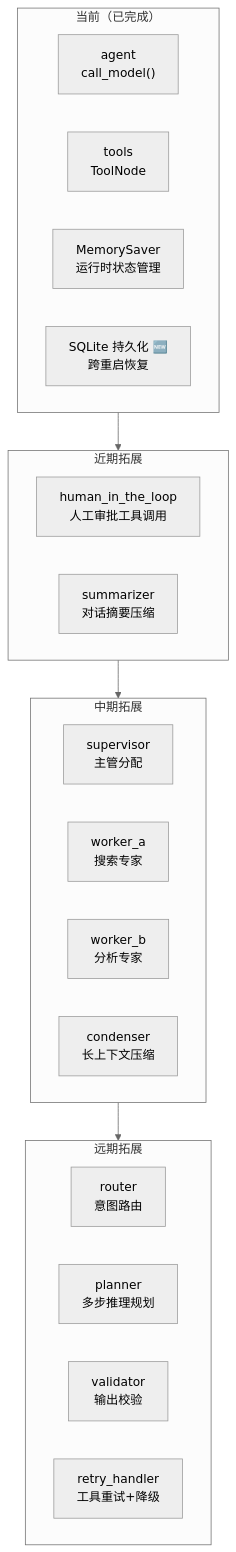
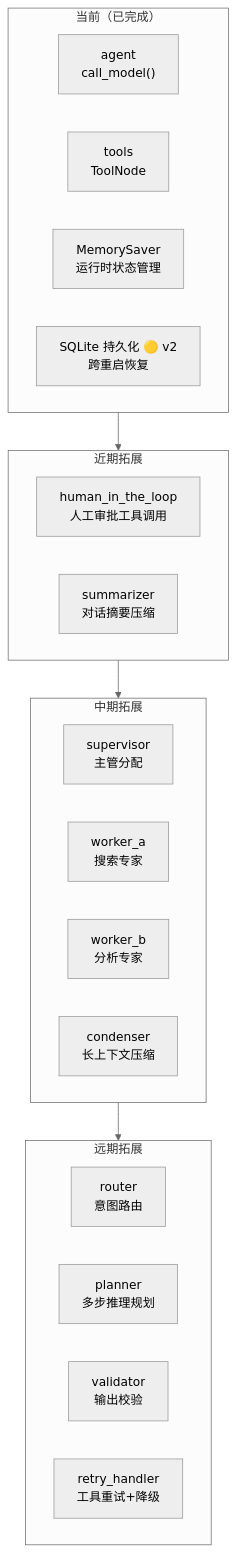
Before and after one commit to wuLa0702/llm_wiki_selfbuild: the seventh of 9 diagrams in docs/agent-architecture-diagrams.md, drawn with Mermaid (neutral theme). The commit also changed other lines of this file, not shown here.

````diff
--- a/docs/agent-architecture-diagrams.md
+++ b/docs/agent-architecture-diagrams.md
@@ -269,32 +287,32 @@
 ```mermaid
 flowchart TD
     subgraph CURRENT["当前（已完成）"]
         AGENT["agent<br/>call_model()"]
         TOOLS["tools<br/>ToolNode"]
         CHECK["MemorySaver<br/>运行时状态管理"]
-        SQLITE["SQLite 持久化 🆕<br/>跨重启恢复"]
+        SQLITE["SQLite 持久化 🟡 v2<br/>跨重启恢复"]
     end
 
     subgraph P1["近期拓展"]
         HUMAN["human_in_the_loop<br/>人工审批工具调用"]
         MEMORY["summarizer<br/>对话摘要压缩"]
     end
 
     subgraph P2["中期拓展"]
         SUPERVISOR["supervisor<br/>主管分配"]
         WORKER1["worker_a<br/>搜索专家"]
         WORKER2["worker_b<br/>分析专家"]
         CONDENSER["condenser<br/>长上下文压缩"]
     end
 
     subgraph P3["远期拓展"]
         ROUTER["router<br/>意图路由"]
         PLANNER["planner<br/>多步推理规划"]
         VALIDATOR["validator<br/>输出校验"]
         RETRY["retry_handler<br/>工具重试+降级"]
     end
 
     CURRENT --> P1
     P1 --> P2
     P2 --> P3
 ```
````
